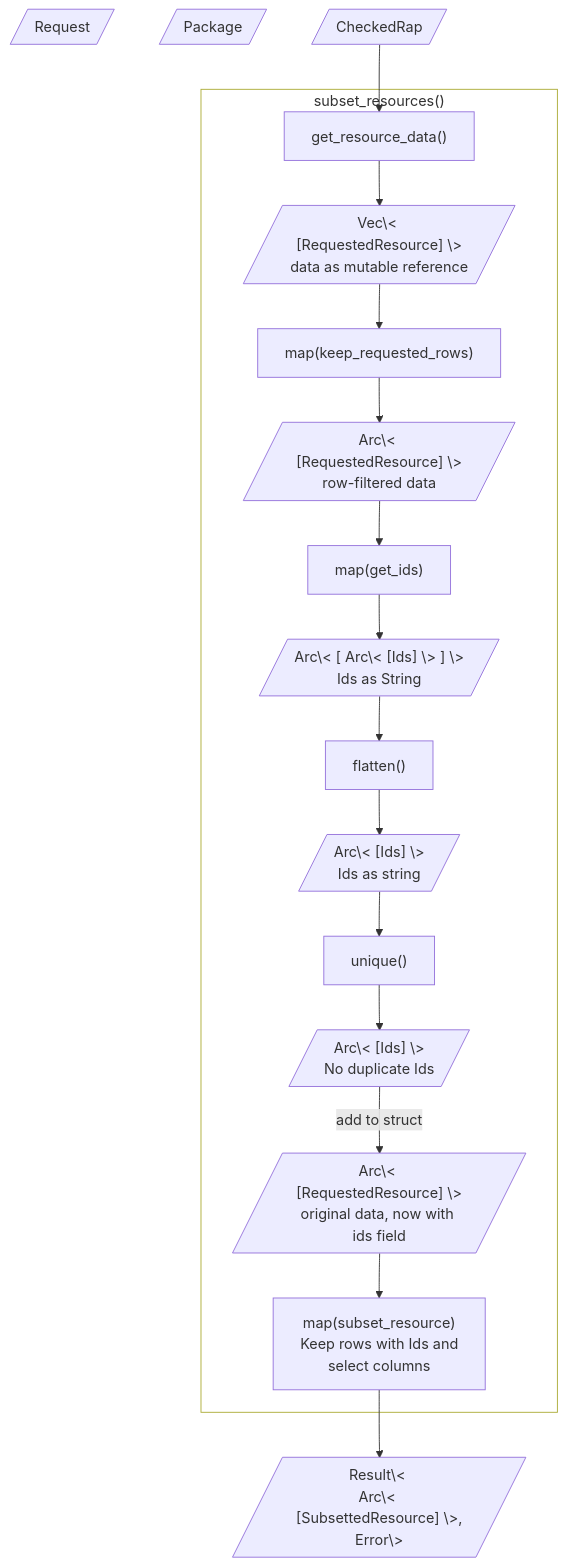
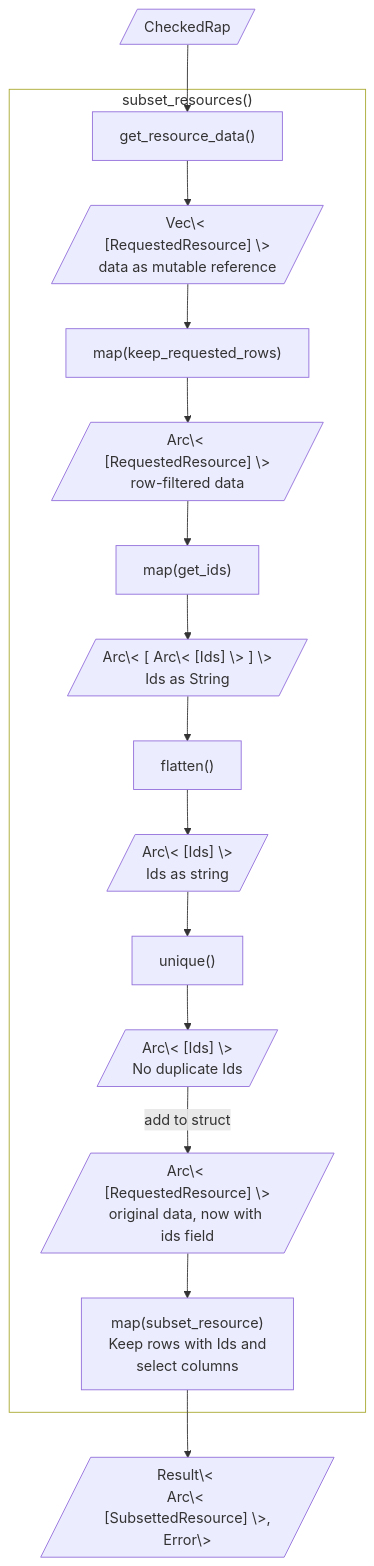
The second of 2 diagrams in docs/design/interface/rust.qmd (seedcase-project/seedcase-propagate), drawn with Mermaid before and after one commit. The commit also changed other lines of this file and 1 other file, not shown here.

````diff
--- a/docs/design/interface/rust.qmd
+++ b/docs/design/interface/rust.qmd
@@ -138,48 +139,46 @@
 ```{mermaid}
 %%| label: fig-subset-flow
 %%| fig-cap: "The flow of input and output through the `subset_resources()` function."
 %%| fig-alt: >-
 %%|   Diagram showing the flow of input and output through the
 %%|   `subset_resources()` function. There are several steps involved, which are
 %%|   textually described in the list above the diagram.
 
 flowchart TD
-    Request[/"Request"/]
-    Package[/"Package"/]
     CheckedRap[/"CheckedRap"/]
     output[/"Result\< <br>Arc\< [SubsettedResource] \>,<br>Error\>"/]
 
     CheckedRap --> get_resource_data
 
     subgraph subset_resources ["subset_resources()"]
       get_resource_data["get_resource_data()"]
       RequestedResource1[/"Vec\< [RequestedResource] \><br>data as mutable reference"/]
       map_keep_requested_rows["map(keep_requested_rows)"]
       RequestedResource2[/"Arc\< [RequestedResource] \><br>row-filtered data"/]
       map_get_ids["map(get_ids)"]
       AAIds[/"Arc\< [ Arc\< [Ids] \> ] \><br>Ids as String"/]
       flatten["flatten()"]
       ArcIds[/"Arc\< [Ids] \><br>Ids as string"/]
       unique["unique()"]
       UniqueIds[/"Arc\< [Ids] \><br>No duplicate Ids"/]
       RequestedResource3[/"Arc\< [RequestedResource] \><br>original data, now with ids field"/]
       map_subset_resource["map(subset_resource)<br>Keep rows with Ids and<br>select columns"]
 
       get_resource_data -->
         RequestedResource1 -->
         map_keep_requested_rows -->
         RequestedResource2 -->
         map_get_ids -->
         AAIds -->
         flatten -->
         ArcIds -->
         unique -->
         UniqueIds -->|add to struct| RequestedResource3 -->
         map_subset_resource
     end
 
     map_subset_resource --> output
 
     subset_resources:::outer_function
     classDef outer_function fill:none
 ```
````
